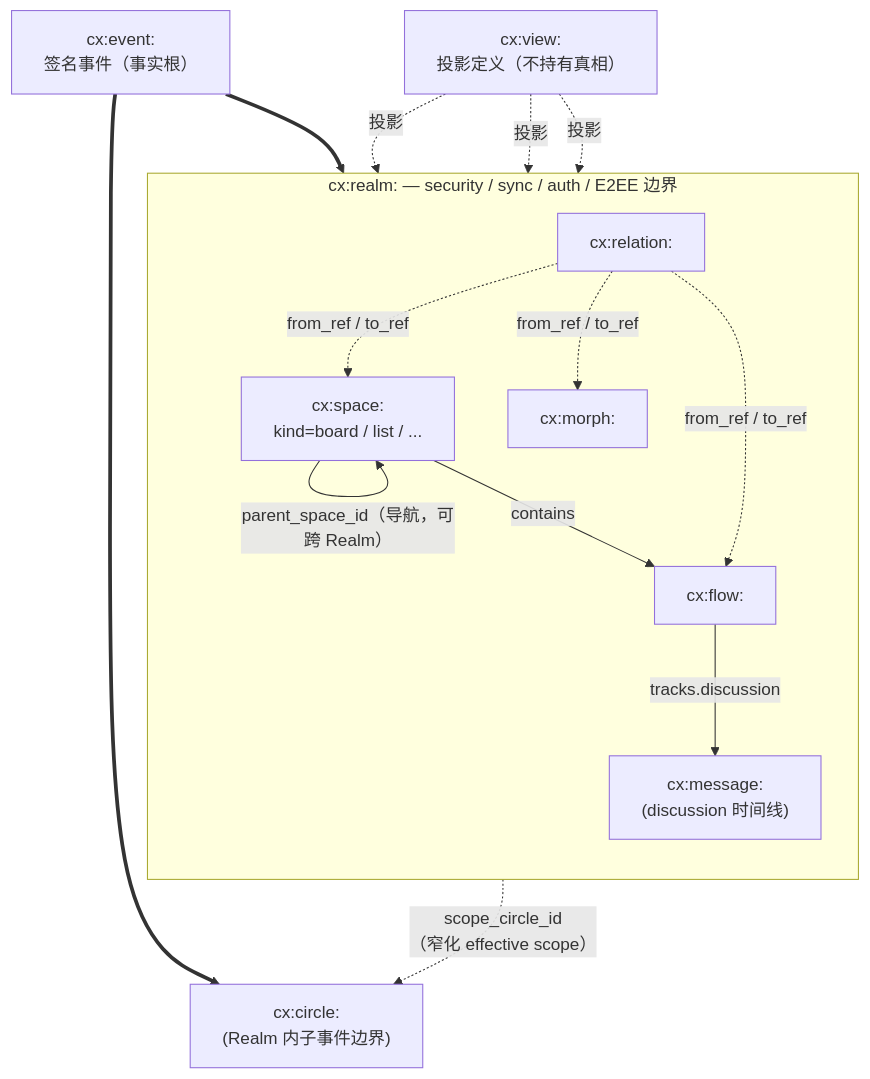
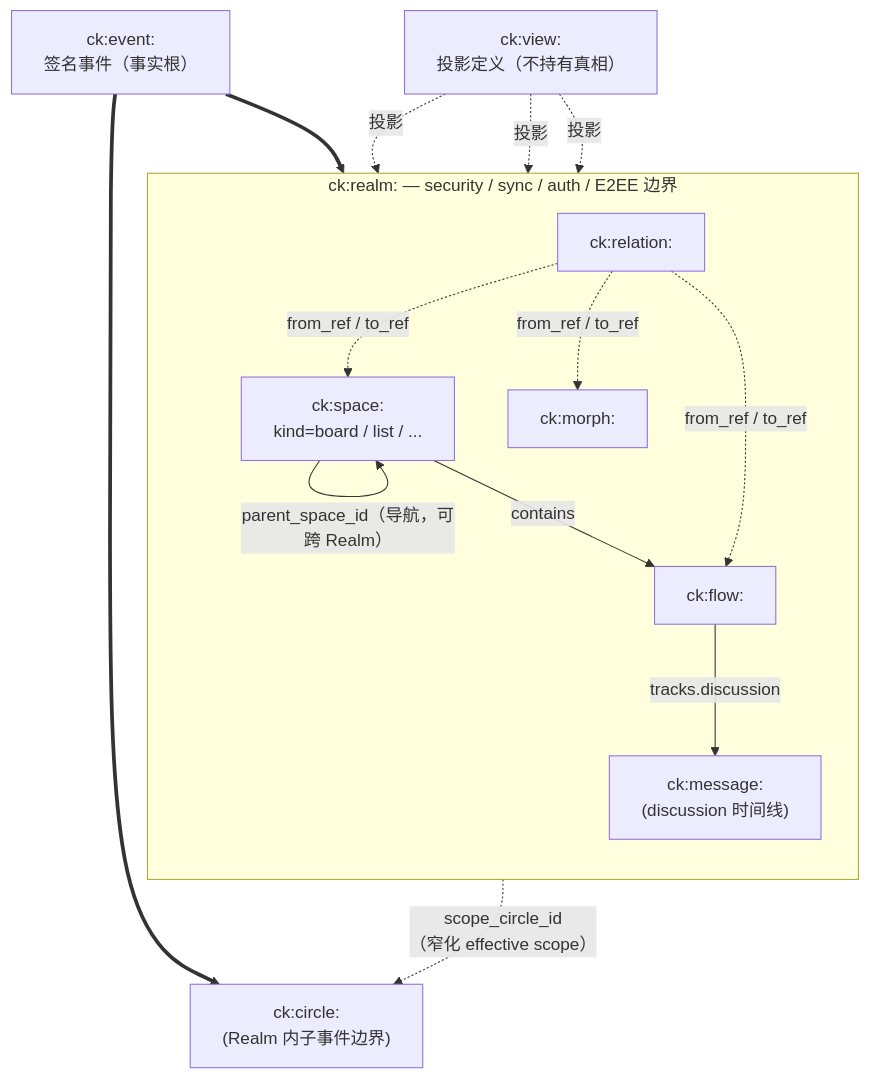
One commit to arkret-org/arkret-spec changed the diagram in spec/v1/zh/models/overview.md. Above: the diagram before and after it, drawn with Mermaid. The commit also changed other lines of this file and 217 other files, not shown here.

````diff
--- a/spec/v1/zh/models/overview.md
+++ b/spec/v1/zh/models/overview.md
@@ -91,31 +91,31 @@
 ```mermaid
 flowchart TB
-    Event["cx:event:<br/>签名事件（事实根）"]
+    Event["ck:event:<br/>签名事件（事实根）"]
 
-    subgraph SP ["cx:realm: — security / sync / auth / E2EE 边界"]
+    subgraph SP ["ck:realm: — security / sync / auth / E2EE 边界"]
         direction TB
-        Space["cx:space:<br/>kind=board / list / ..."]
-        Flow["cx:flow:"]
-        Morph["cx:morph:"]
-        Msg["cx:message:<br/>(discussion 时间线)"]
-        Rel["cx:relation:"]
+        Space["ck:space:<br/>kind=board / list / ..."]
+        Flow["ck:flow:"]
+        Morph["ck:morph:"]
+        Msg["ck:message:<br/>(discussion 时间线)"]
+        Rel["ck:relation:"]
 
         Space -- "contains" --> Flow
         Space -- "parent_space_id（导航，可跨 Realm）" --> Space
         Flow -- "tracks.discussion" --> Msg
         Rel -. "from_ref / to_ref" .-> Flow
         Rel -. "from_ref / to_ref" .-> Morph
         Rel -. "from_ref / to_ref" .-> Space
     end
 
-    Circle["cx:circle:<br/>(Realm 内子事件边界)"]
+    Circle["ck:circle:<br/>(Realm 内子事件边界)"]
     Flow -. "scope_circle_id<br/>（窄化 effective scope）" .-> Circle
 
-    View["cx:view:<br/>投影定义（不持有真相）"]
+    View["ck:view:<br/>投影定义（不持有真相）"]
     View -. "投影" .-> Flow
     View -. "投影" .-> Space
     View -. "投影" .-> Msg
 
     Event ==> SP
     Event ==> Circle
 ```
````
